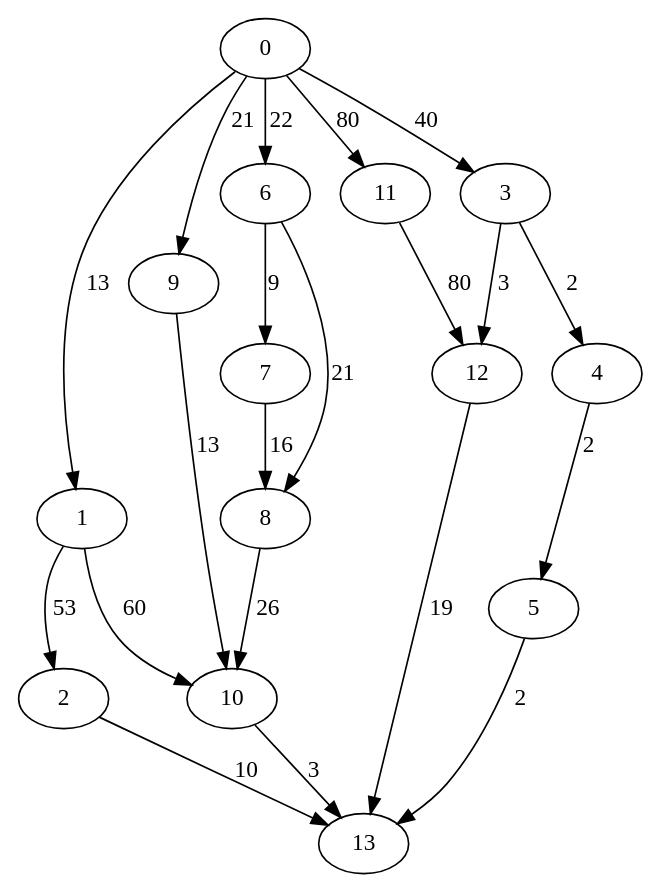
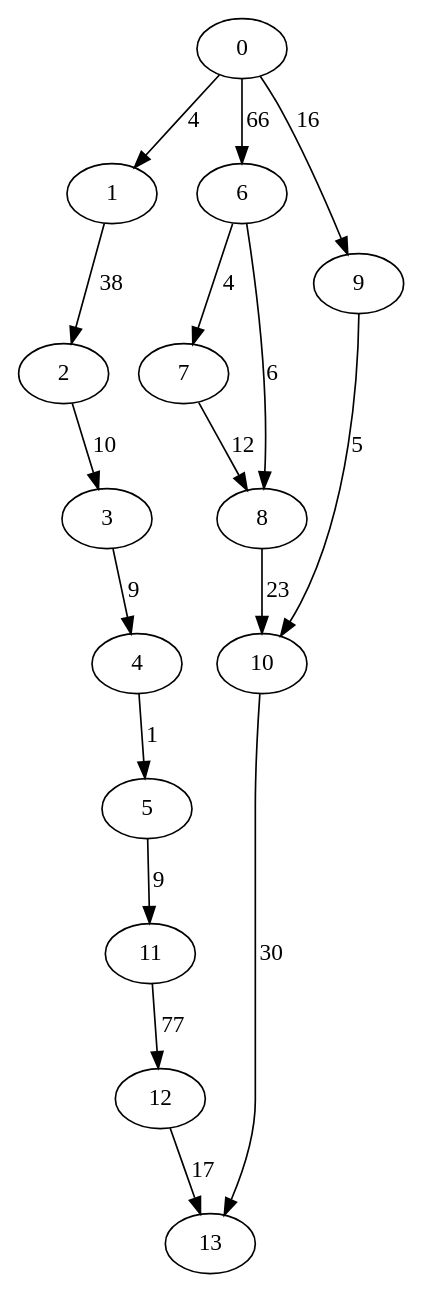
One commit to asaloniti/DagScheduling_old changed the diagram in dotfiles/data9.dot. Above: the diagram before and after it, drawn with Graphviz. The commit also changed 26 other files, not shown here.

```diff
--- a/dotfiles/data9.dot
+++ b/dotfiles/data9.dot
@@ -1,22 +1,18 @@
 digraph data9 {
-0 -> 1 [ label = 13 ];
-0 -> 3 [ label = 40 ];
-0 -> 6 [ label = 22 ];
-0 -> 9 [ label = 21 ];
-0 -> 11 [ label = 80 ];
-1 -> 2 [ label = 53 ];
-1 -> 10 [ label = 60 ];
-2 -> 13 [ label = 10 ];
-3 -> 4 [ label = 2 ];
-3 -> 12 [ label = 3 ];
-4 -> 5 [ label = 2 ];
-5 -> 13 [ label = 2 ];
-6 -> 7 [ label = 9 ];
-6 -> 8 [ label = 21 ];
-7 -> 8 [ label = 16 ];
-8 -> 10 [ label = 26 ];
-9 -> 10 [ label = 13 ];
-10 -> 13 [ label = 3 ];
-11 -> 12 [ label = 80 ];
-12 -> 13 [ label = 19 ];
+0 -> 1 [ label = 4 ];
+0 -> 6 [ label = 66 ];
+0 -> 9 [ label = 16 ];
+1 -> 2 [ label = 38 ];
+2 -> 3 [ label = 10 ];
+3 -> 4 [ label = 9 ];
+4 -> 5 [ label = 1 ];
+5 -> 11 [ label = 9 ];
+6 -> 7 [ label = 4 ];
+6 -> 8 [ label = 6 ];
+7 -> 8 [ label = 12 ];
+8 -> 10 [ label = 23 ];
+9 -> 10 [ label = 5 ];
+10 -> 13 [ label = 30 ];
+11 -> 12 [ label = 77 ];
+12 -> 13 [ label = 17 ];
  }
```
